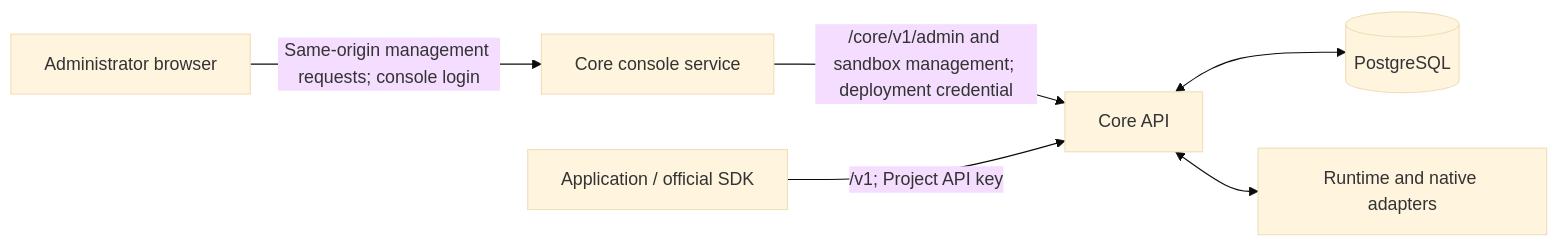
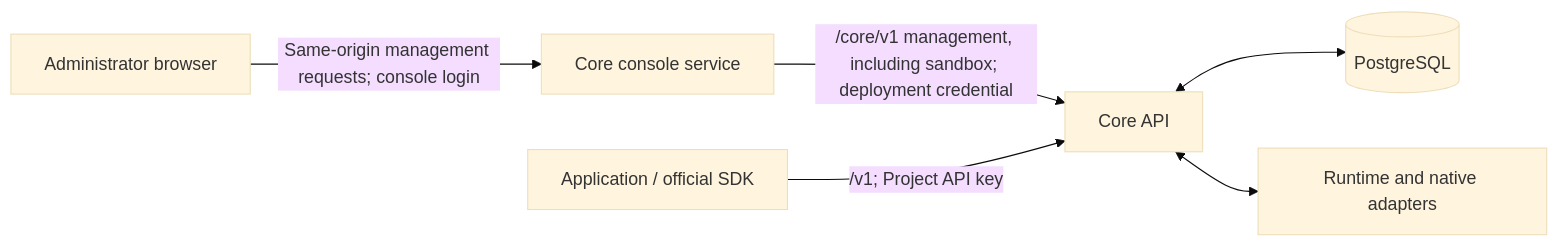
Before and after one commit to MiniMax-AI/OpenAgentCore: the diagram in docs/web/architecture.md, drawn with Mermaid (base theme). The commit also changed other lines of this file and 29 other files, not shown here.

Commit message:
Read the console's data through Core's new routes

````diff
--- a/docs/web/architecture.md
+++ b/docs/web/architecture.md
@@ -13,15 +13,15 @@
 ```mermaid
 flowchart LR
   browser["Administrator browser"]
   console["Core console service"]
   core["Core API"]
   database[("PostgreSQL")]
   application["Application / official SDK"]
   runtime["Runtime and native adapters"]
 
   browser -->|"Same-origin management requests; console login"| console
-  console -->|"/core/v1/admin and sandbox management; deployment credential"| core
+  console -->|"/core/v1 management, including sandbox; deployment credential"| core
   application -->|"/v1; Project API key"| core
   core <--> database
   core <--> runtime
 ```
````
